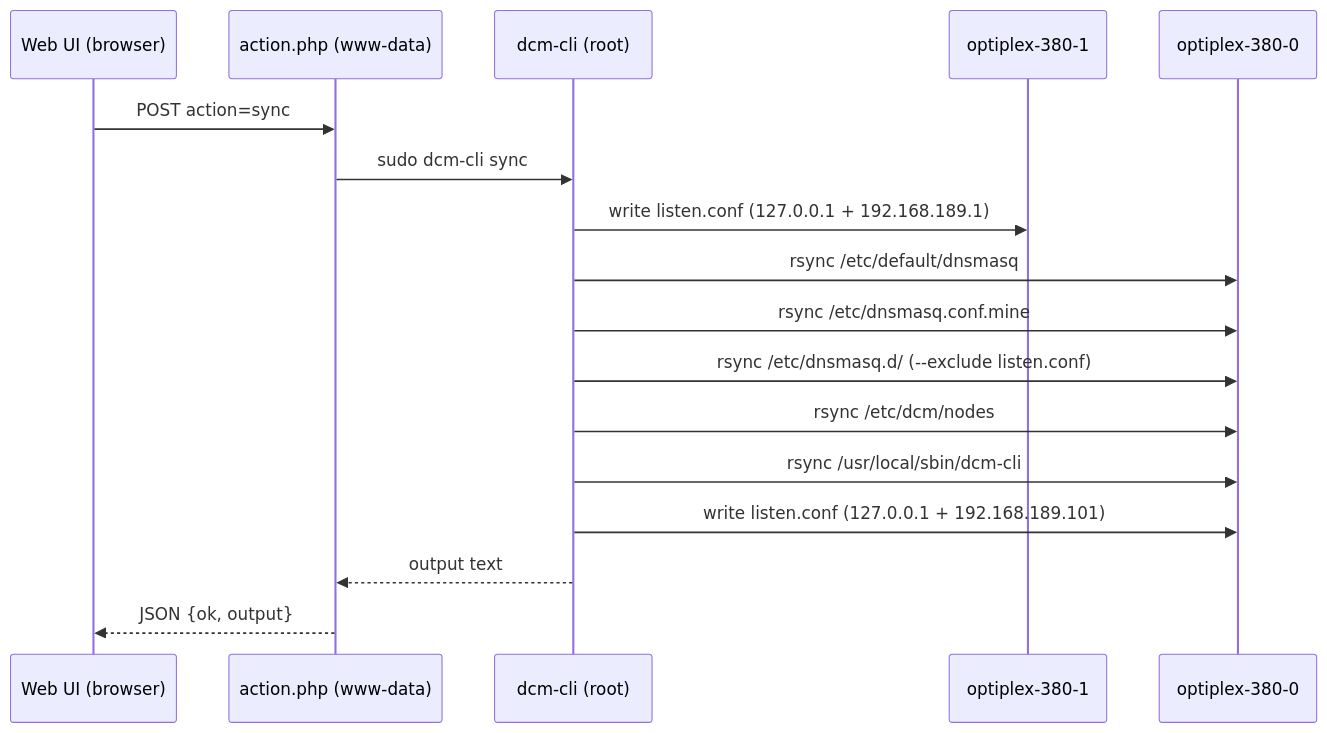
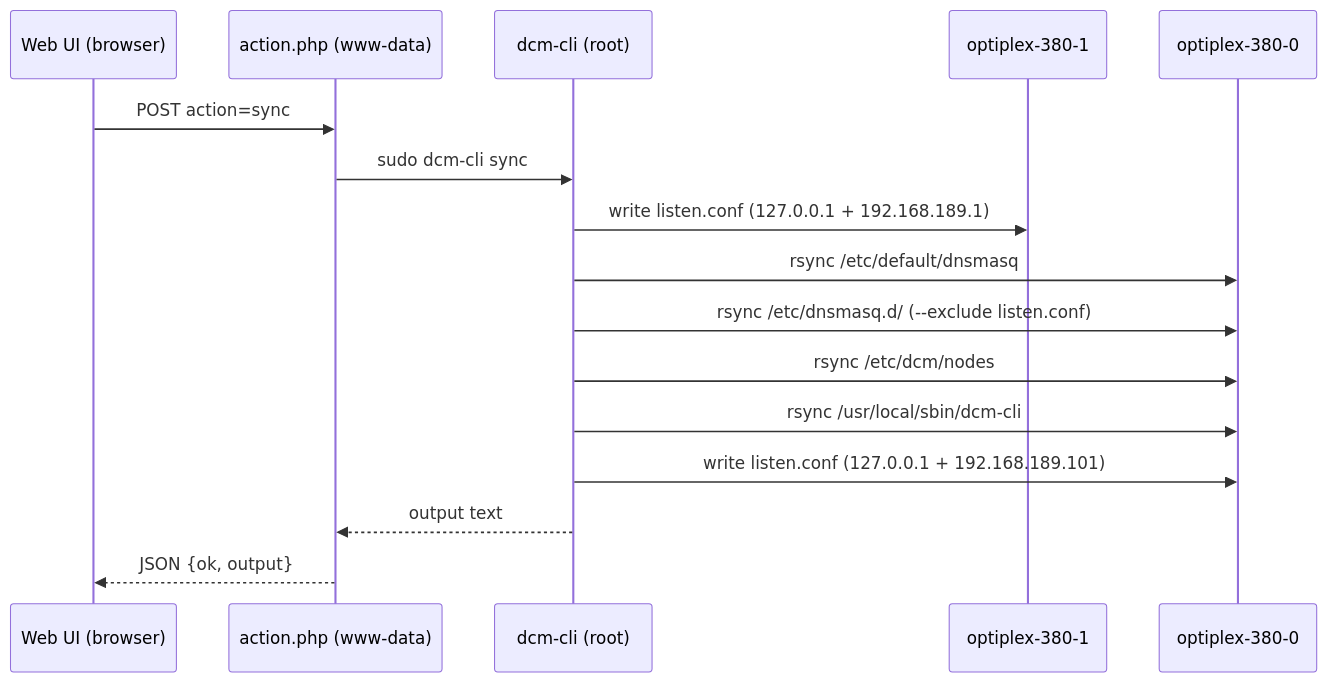
Before and after one commit to ernolf/dcm: the third of 6 diagrams in docs/architecture.md, drawn with Mermaid. The commit also changed other lines of this file and 21 other files, not shown here.

````diff
--- a/docs/architecture.md
+++ b/docs/architecture.md
@@ -138,20 +140,19 @@
 ```mermaid
 sequenceDiagram
     participant UI as Web UI (browser)
     participant PHP as action.php (www-data)
     participant CLI as dcm-cli (root)
     participant L as optiplex-380-1
     participant R as optiplex-380-0
 
     UI->>PHP: POST action=sync
     PHP->>CLI: sudo dcm-cli sync
     CLI->>L: write listen.conf (127.0.0.1 + 192.168.189.1)
     CLI->>R: rsync /etc/default/dnsmasq
-    CLI->>R: rsync /etc/dnsmasq.conf.mine
     CLI->>R: rsync /etc/dnsmasq.d/ (--exclude listen.conf)
     CLI->>R: rsync /etc/dcm/nodes
     CLI->>R: rsync /usr/local/sbin/dcm-cli
     CLI->>R: write listen.conf (127.0.0.1 + 192.168.189.101)
     CLI-->>PHP: output text
     PHP-->>UI: JSON {ok, output}
 ```
````
